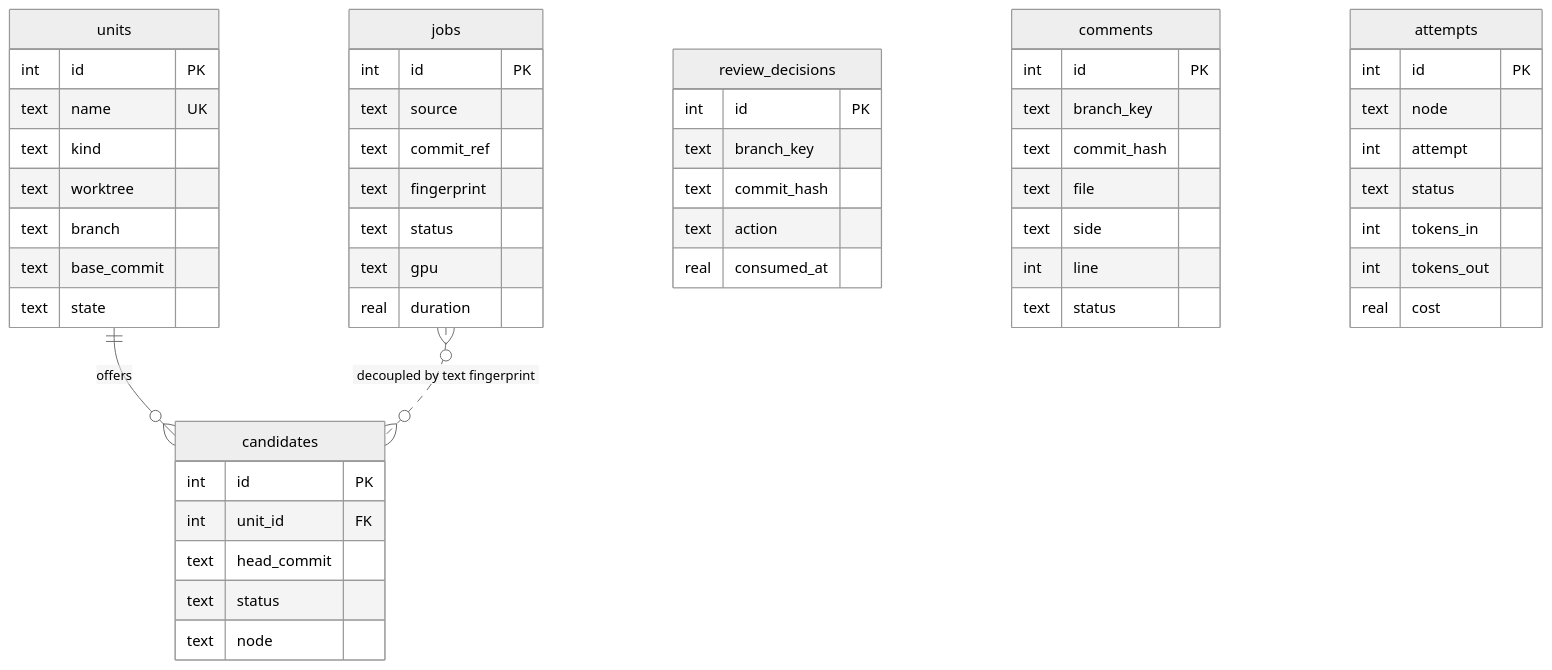
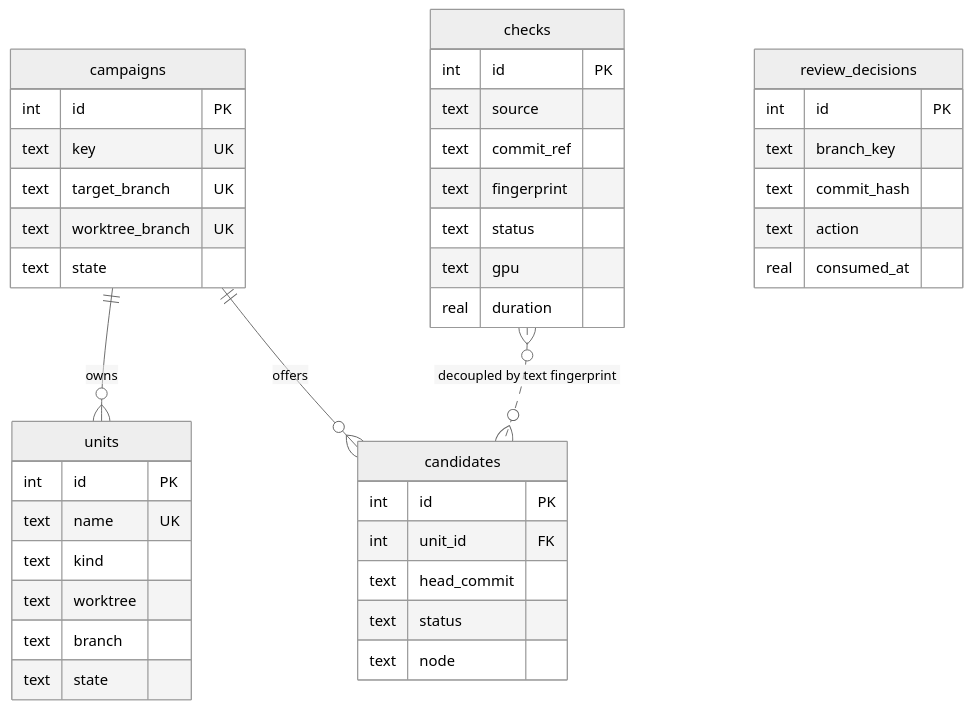
One commit to ming6ao/sliceme changed the ninth of 10 diagrams in docs/architecture.md. Above: the diagram before and after it, drawn with Mermaid (neutral theme). The commit also changed other lines of this file and 77 other files, not shown here.

````diff
--- a/docs/architecture.md
+++ b/docs/architecture.md
@@ -380,56 +384,44 @@
 ```mermaid
 erDiagram
-  units ||--o{ candidates : "offers"
-  jobs }o..o{ candidates : "decoupled by text fingerprint"
+  campaigns ||--o{ units : "owns"
+  campaigns ||--o{ candidates : "offers"
+  checks }o..o{ candidates : "decoupled by text fingerprint"
   review_decisions {
     int id PK
     text branch_key
     text commit_hash
     text action
     real consumed_at
   }
-  comments {
+  campaigns {
     int id PK
-    text branch_key
-    text commit_hash
-    text file
-    text side
-    int line
-    text status
+    text key UK
+    text target_branch UK
+    text worktree_branch UK
+    text state
   }
-  attempts {
-    int id PK
-    text node
-    int attempt
-    text status
-    int tokens_in
-    int tokens_out
-    real cost
-  }
-
   units {
     int id PK
     text name UK
     text kind
     text worktree
     text branch
-    text base_commit
     text state
   }
   candidates {
     int id PK
     int unit_id FK
     text head_commit
     text status
     text node
   }
-  jobs {
+  checks {
     int id PK
     text source
     text commit_ref
     text fingerprint
     text status
     text gpu
     real duration
   }
 ```
````
